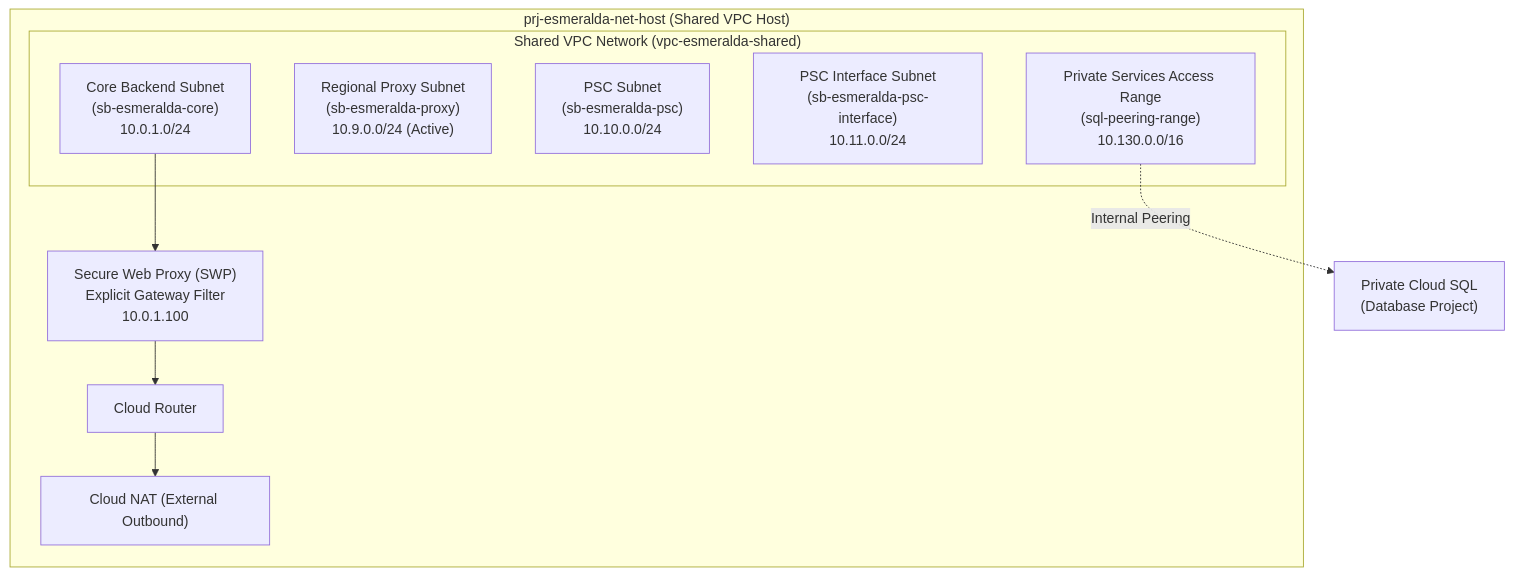
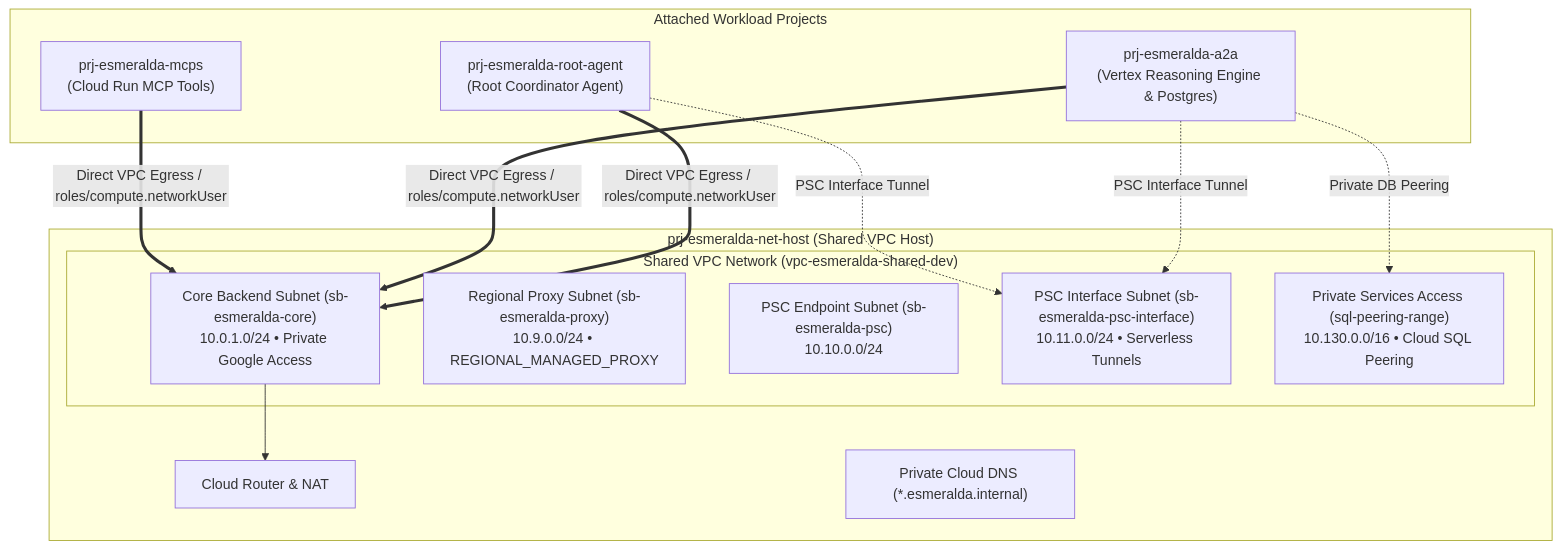
One commit to google/esmeralda changed the diagram in docs/1-platform-foundations/02-private-networking.md. Above: the diagram before and after it, drawn with Mermaid. The commit also changed other lines of this file and 15 other files, not shown here.

First line of the commit message:
docs: complete enterprise architecture overhaul with ADRs, personas, and dark mode diagrams

````diff
--- a/docs/1-platform-foundations/02-private-networking.md
+++ b/docs/1-platform-foundations/02-private-networking.md
@@ -41,20 +47,26 @@
 ```mermaid
-graph TD
+flowchart TD
     subgraph HostProject["prj-esmeralda-net-host (Shared VPC Host)"]
-        subgraph VPC["Shared VPC Network (vpc-esmeralda-shared)"]
-            SubnetCore["Core Backend Subnet<br/>(sb-esmeralda-core)<br/>10.0.1.0/24"]
-            SubnetProxy["Regional Proxy Subnet<br/>(sb-esmeralda-proxy)<br/>10.9.0.0/24 (Active)"]
-            SubnetPSC["PSC Subnet<br/>(sb-esmeralda-psc)<br/>10.10.0.0/24"]
-            SubnetPSC_I["PSC Interface Subnet<br/>(sb-esmeralda-psc-interface)<br/>10.11.0.0/24"]
-            PSA["Private Services Access Range<br/>(sql-peering-range)<br/>10.130.0.0/16"]
+        subgraph VPC["Shared VPC Network (vpc-esmeralda-shared-dev)"]
+            SubnetCore["Core Backend Subnet (sb-esmeralda-core)<br/>10.0.1.0/24 • Private Google Access"]
+            SubnetProxy["Regional Proxy Subnet (sb-esmeralda-proxy)<br/>10.9.0.0/24 • REGIONAL_MANAGED_PROXY"]
+            SubnetPSC["PSC Endpoint Subnet (sb-esmeralda-psc)<br/>10.10.0.0/24"]
+            SubnetPSCI["PSC Interface Subnet (sb-esmeralda-psc-interface)<br/>10.11.0.0/24 • Serverless Tunnels"]
+            PSA["Private Services Access (sql-peering-range)<br/>10.130.0.0/16 • Cloud SQL Peering"]
         end
-        Router["Cloud Router"]
-        NAT["Cloud NAT (External Outbound)"]
-        SWP["Secure Web Proxy (SWP)<br/>Explicit Gateway Filter<br/>10.0.1.100"]
+        
+        Router["Cloud Router & NAT"]
+        DNS["Private Cloud DNS (*.esmeralda.internal)"]
     end
 
-    Router --> NAT
-    SubnetCore --> SWP
-    SWP --> Router
-    PSA -.->|Internal Peering| DB["Private Cloud SQL<br/>(Database Project)"]
+    subgraph ServiceProjects["Attached Workload Projects"]
+        P_MCP["prj-esmeralda-mcps<br/>(Cloud Run MCP Tools)"]
+        P_A2A["prj-esmeralda-a2a<br/>(Vertex Reasoning Engine & Postgres)"]
+        P_Root["prj-esmeralda-root-agent<br/>(Root Coordinator Agent)"]
+    end
+
+    P_MCP & P_A2A & P_Root ==>|Direct VPC Egress / roles/compute.networkUser| SubnetCore
+    P_A2A -.->|Private DB Peering| PSA
+    P_Root & P_A2A -.->|PSC Interface Tunnel| SubnetPSCI
+    SubnetCore --> Router
 ```
````
